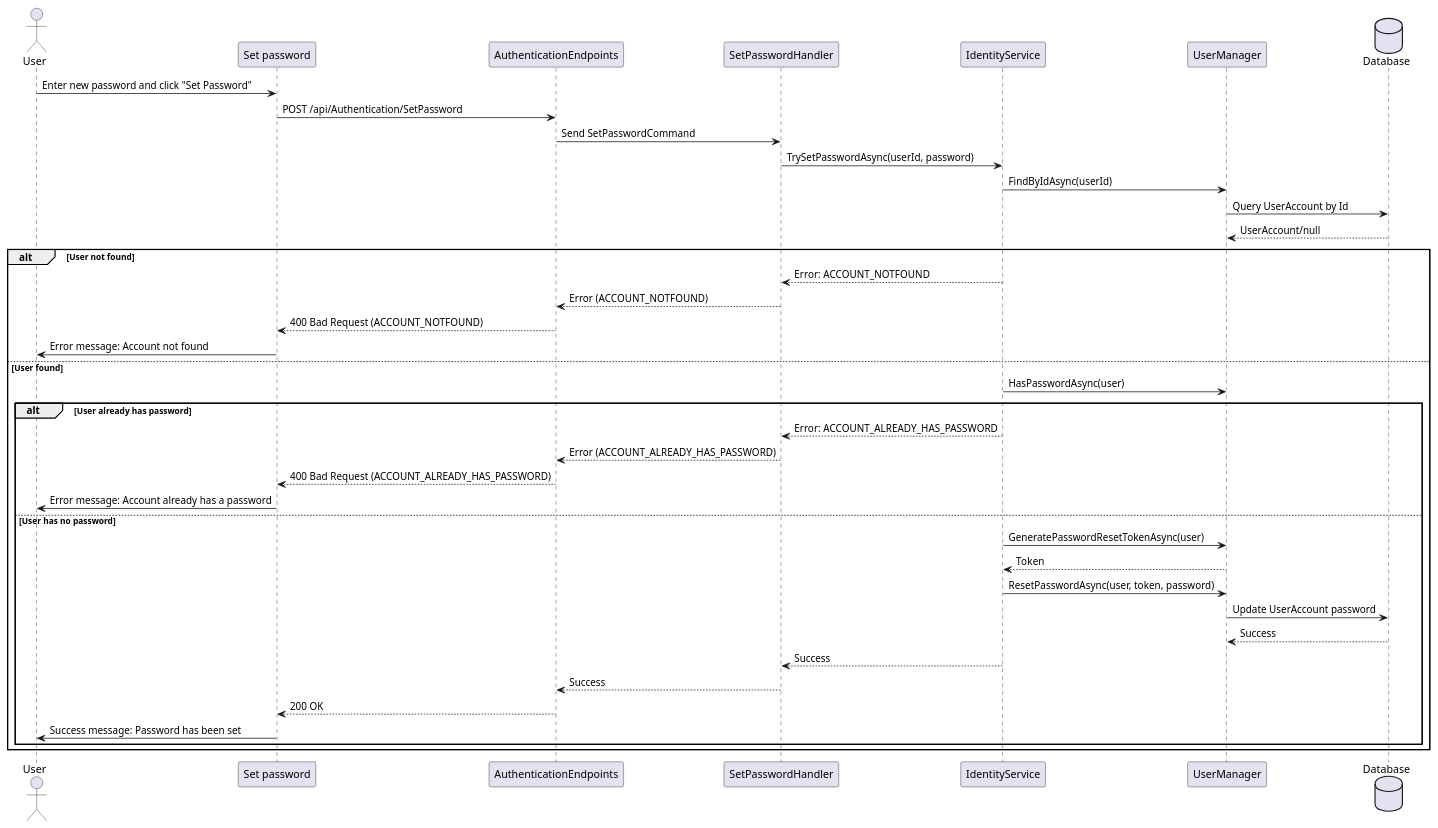
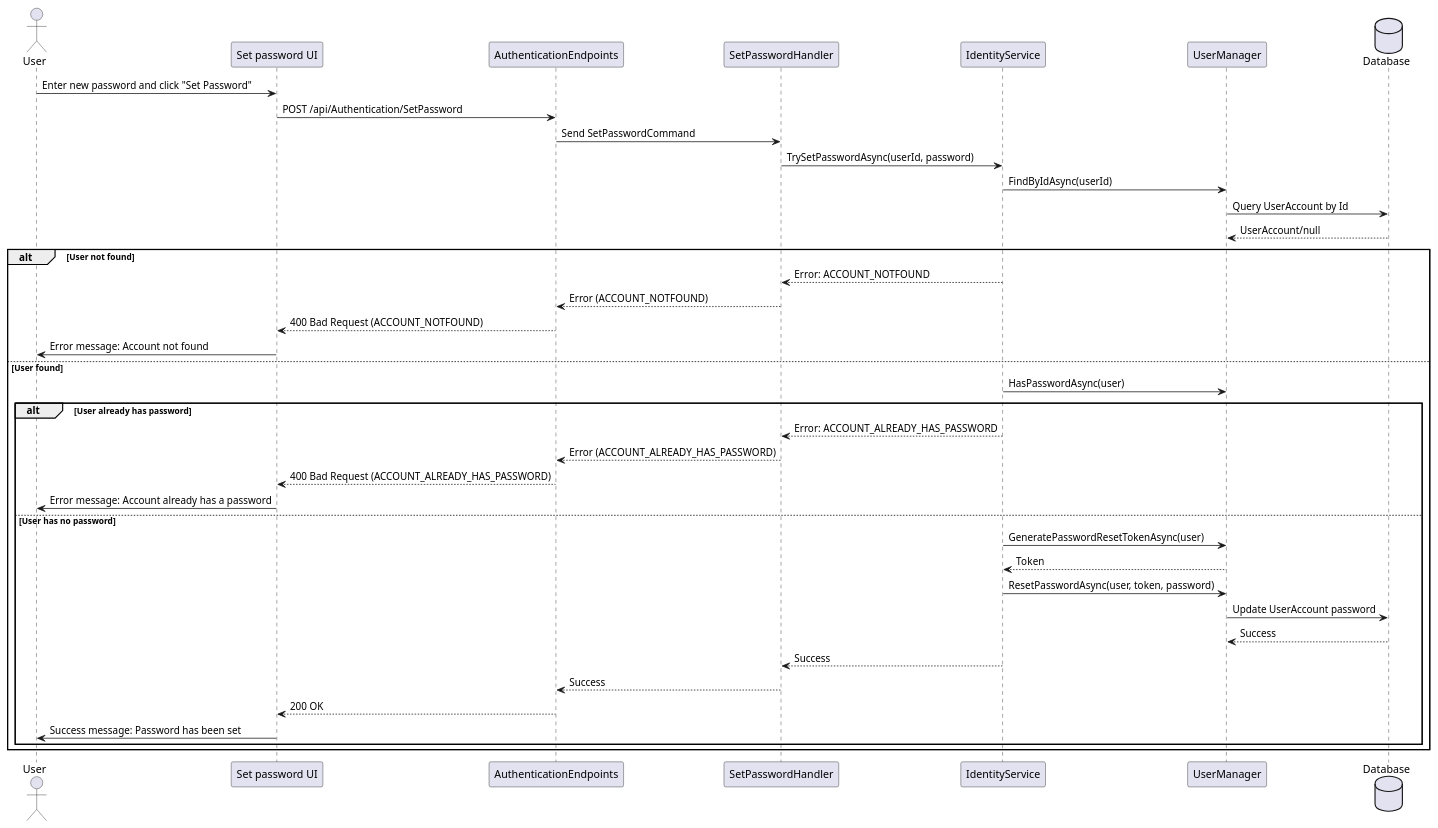
Before and after one commit to thanhkhac/SEP_Diagram: the diagram in authentication/Sequence/11_SetPassword.puml, drawn with PlantUML. The commit also changed 2 other files, not shown here.

Commit message:
Update UI participant names in password sequence diagrams
Renamed the UI participant in the ResetPassword, ChangePassword, and SetPassword sequence diagrams to 'Reset password UI', 'Change password UI', and 'Set password UI' for clarity and consistency.

```diff
--- a/authentication/Sequence/11_SetPassword.puml
+++ b/authentication/Sequence/11_SetPassword.puml
@@ -1,42 +1,42 @@
 @startuml
 actor User
-participant "Set password" as UI
+participant "Set password UI" as UI
 participant AuthenticationEndpoints
 participant SetPasswordHandler
 participant IdentityService
 participant UserManager
 Database Database
 
 User -> UI : Enter new password and click "Set Password"
 UI -> AuthenticationEndpoints : POST /api/Authentication/SetPassword
 AuthenticationEndpoints -> SetPasswordHandler : Send SetPasswordCommand
 SetPasswordHandler -> IdentityService : TrySetPasswordAsync(userId, password)
 IdentityService -> UserManager : FindByIdAsync(userId)
 UserManager -> Database : Query UserAccount by Id
 Database --> UserManager : UserAccount/null
 
 alt User not found
     IdentityService --> SetPasswordHandler : Error: ACCOUNT_NOTFOUND
     SetPasswordHandler --> AuthenticationEndpoints : Error (ACCOUNT_NOTFOUND)
     AuthenticationEndpoints --> UI : 400 Bad Request (ACCOUNT_NOTFOUND)
     UI -> User : Error message: Account not found
 else User found
     IdentityService -> UserManager : HasPasswordAsync(user)
     alt User already has password
         IdentityService --> SetPasswordHandler : Error: ACCOUNT_ALREADY_HAS_PASSWORD
         SetPasswordHandler --> AuthenticationEndpoints : Error (ACCOUNT_ALREADY_HAS_PASSWORD)
         AuthenticationEndpoints --> UI : 400 Bad Request (ACCOUNT_ALREADY_HAS_PASSWORD)
         UI -> User : Error message: Account already has a password
     else User has no password
         IdentityService -> UserManager : GeneratePasswordResetTokenAsync(user)
         UserManager --> IdentityService : Token
         IdentityService -> UserManager : ResetPasswordAsync(user, token, password)
         UserManager -> Database : Update UserAccount password
         Database --> UserManager : Success
         IdentityService --> SetPasswordHandler : Success
         SetPasswordHandler --> AuthenticationEndpoints : Success
         AuthenticationEndpoints --> UI : 200 OK
         UI -> User : Success message: Password has been set
     end
 end
 @enduml
```
